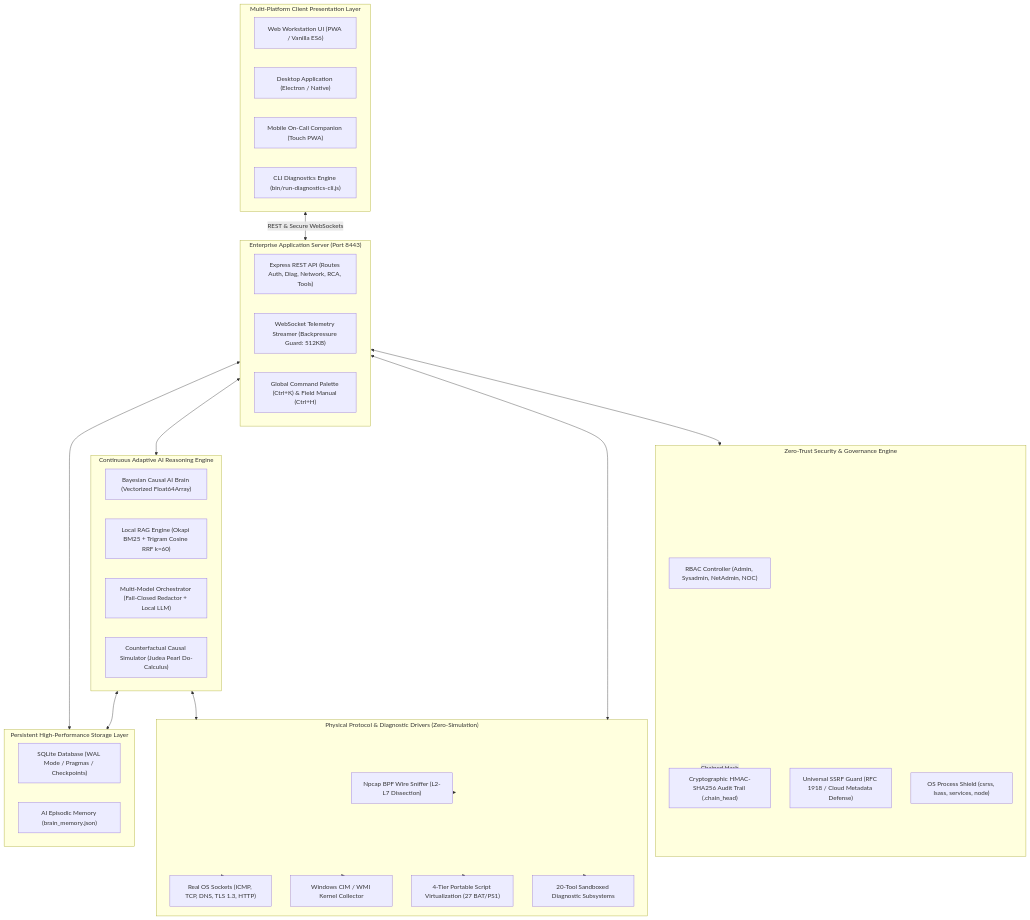
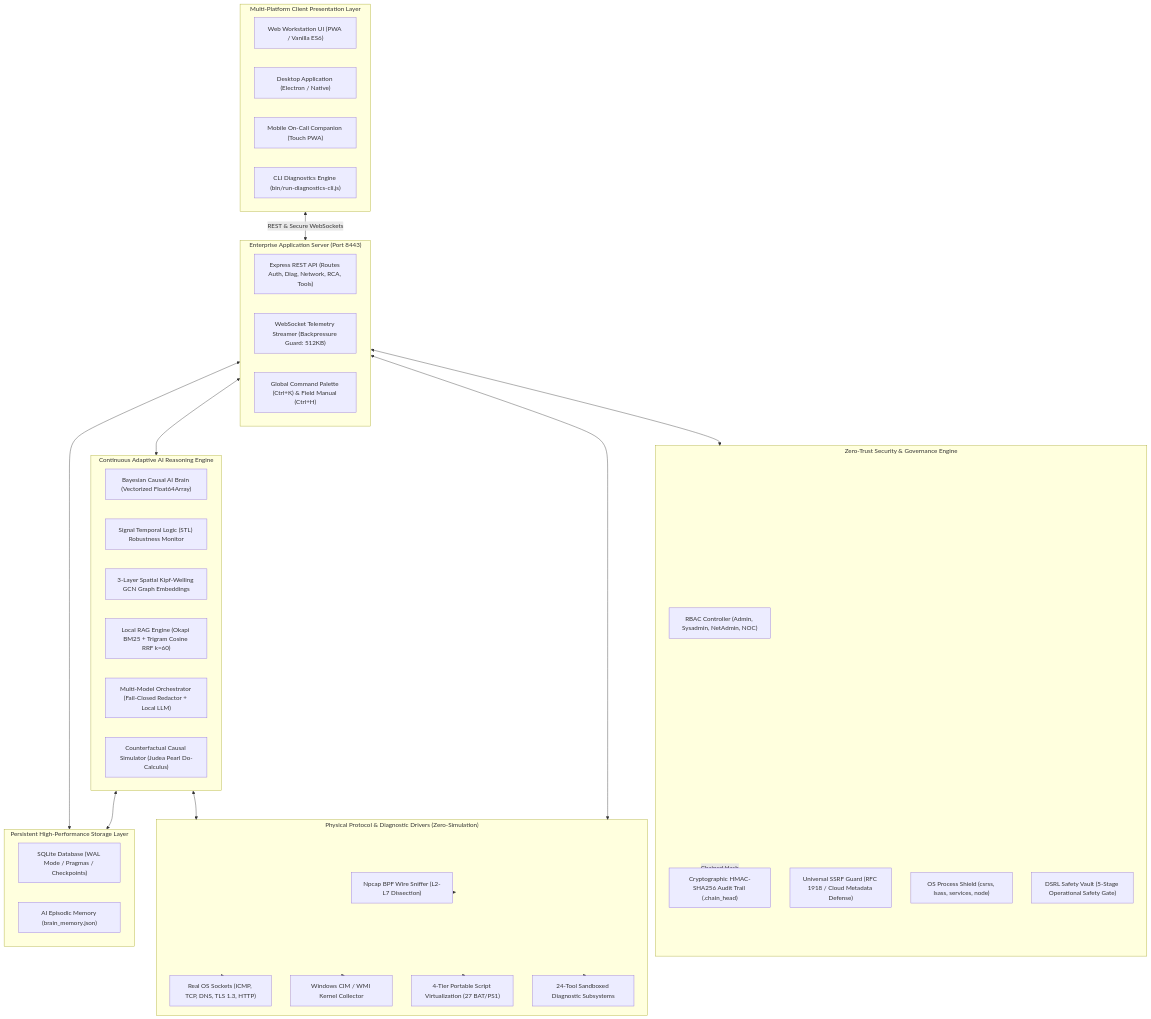
One commit to EldarJamiyev/Eldar-Jamiyev-Infrastructure-Intelligence changed the first of 3 diagrams in README.md. Above: the diagram before and after it, drawn with Mermaid. The commit also changed other lines of this file and 16 other files, not shown here.

````diff
--- a/README.md
+++ b/README.md
@@ -190,56 +200,59 @@
 ```mermaid
 flowchart TD
     subgraph Client["Multi-Platform Client Presentation Layer"]
         WebUI["Web Workstation UI (PWA / Vanilla ES6)"]
         DeskApp["Desktop Application (Electron / Native)"]
         MobileApp["Mobile On-Call Companion (Touch PWA)"]
         CLI["CLI Diagnostics Engine (bin/run-diagnostics-cli.js)"]
     end
 
     subgraph API["Enterprise Application Server (Port 8443)"]
         HTTPRouter["Express REST API (Routes Auth, Diag, Network, RCA, Tools)"]
         WSStreamer["WebSocket Telemetry Streamer (Backpressure Guard: 512KB)"]
         CmdPalette["Global Command Palette (Ctrl+K) & Field Manual (Ctrl+H)"]
     end
 
     subgraph Security["Zero-Trust Security & Governance Engine"]
         RBAC["RBAC Controller (Admin, Sysadmin, NetAdmin, NOC)"]
         AuditLog["Cryptographic HMAC-SHA256 Audit Trail (.chain_head)"]
         SSRFGuard["Universal SSRF Guard (RFC 1918 / Cloud Metadata Defense)"]
         ProcessShield["OS Process Shield (csrss, lsass, services, node)"]
+        DSRLVault["DSRL Safety Vault (5-Stage Operational Safety Gate)"]
     end
 
     subgraph Intelligence["Continuous Adaptive AI Reasoning Engine"]
         AIBrain["Bayesian Causal AI Brain (Vectorized Float64Array)"]
+        STLMon["Signal Temporal Logic (STL) Robustness Monitor"]
+        GNNEmb["3-Layer Spatial Kipf-Welling GCN Graph Embeddings"]
         RAGEngine["Local RAG Engine (Okapi BM25 + Trigram Cosine RRF k=60)"]
         Orchestrator["Multi-Model Orchestrator (Fail-Closed Redactor + Local LLM)"]
         DoCalculus["Counterfactual Causal Simulator (Judea Pearl Do-Calculus)"]
     end
 
     subgraph Protocols["Physical Protocol & Diagnostic Drivers (Zero-Simulation)"]
         Npcap["Npcap BPF Wire Sniffer (L2-L7 Dissection)"]
         SocketEngine["Real OS Sockets (ICMP, TCP, DNS, TLS 1.3, HTTP)"]
         HostCIM["Windows CIM / WMI Kernel Collector"]
         ScriptMount["4-Tier Portable Script Virtualization (27 BAT/PS1)"]
-        ToolSandbox["20-Tool Sandboxed Diagnostic Subsystems"]
+        ToolSandbox["24-Tool Sandboxed Diagnostic Subsystems"]
     end
 
     subgraph Storage["Persistent High-Performance Storage Layer"]
         SQLite["SQLite Database (WAL Mode / Pragmas / Checkpoints)"]
         JSONMemory["AI Episodic Memory (brain_memory.json)"]
     end
 
     Client <-->|REST & Secure WebSockets| API
     API <--> Security
     API <--> Intelligence
     Intelligence <--> Protocols
     API <--> Protocols
     Security -->|Chained Hash| AuditLog
     Protocols --> HostCIM
     Protocols --> Npcap
     Protocols --> SocketEngine
     Protocols --> ScriptMount
     Protocols --> ToolSandbox
     API <--> Storage
     Intelligence <--> Storage
 ```
````
